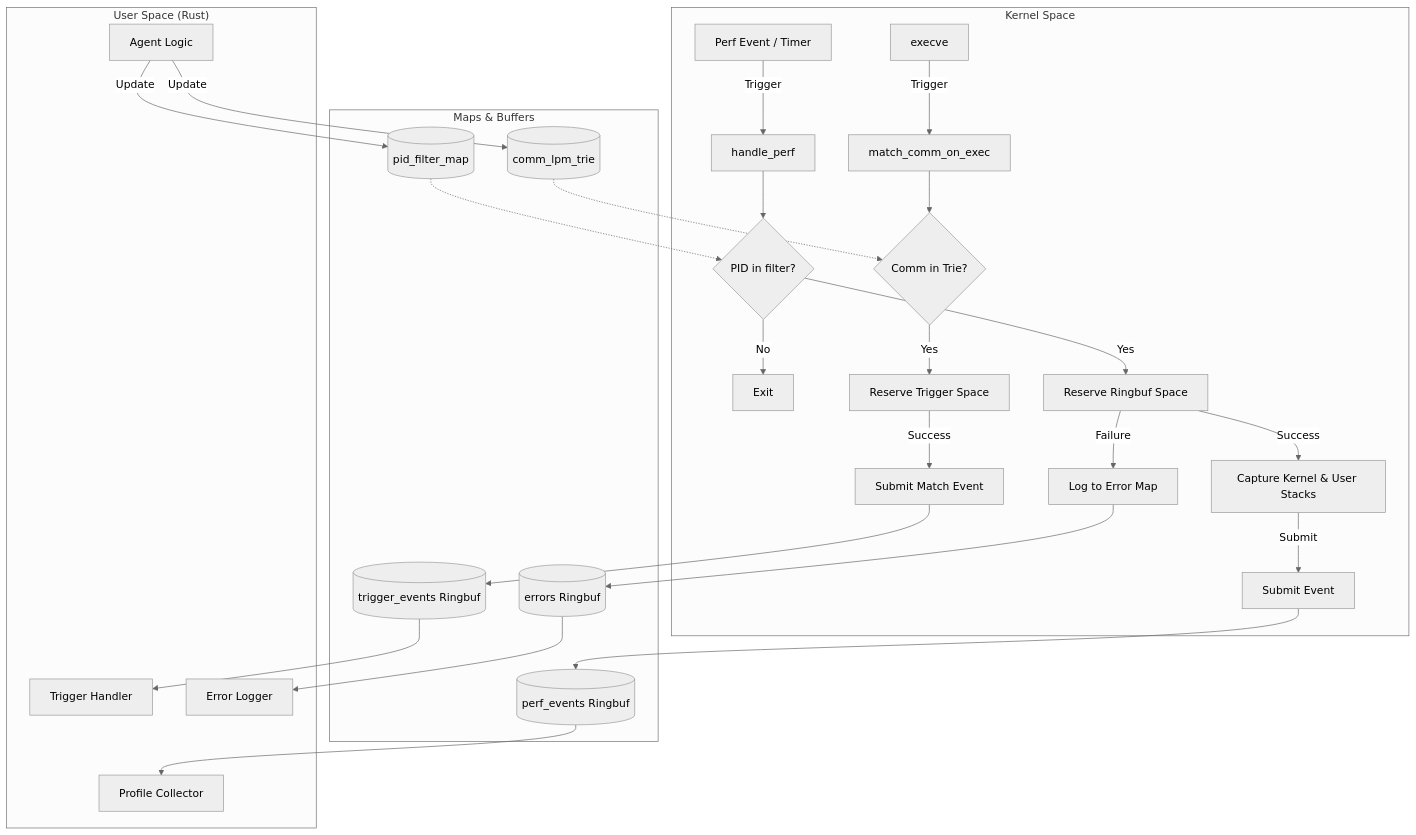
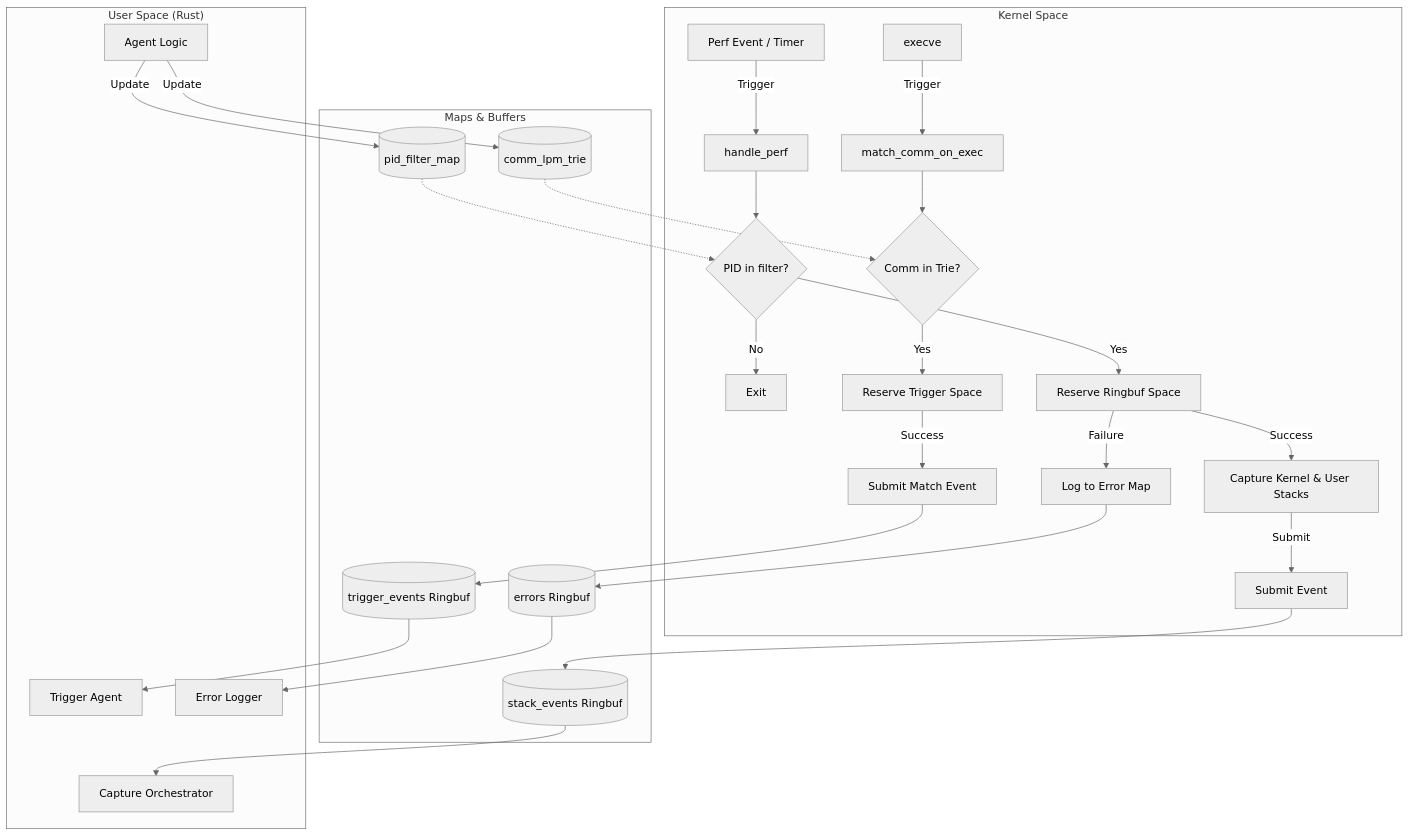
Before and after one commit to sugarraysam/bistouri: the diagram in docs/ebpf.qmd, drawn with Mermaid (neutral theme). The commit also changed other lines of this file and 4 other files, not shown here.

````diff
--- a/docs/ebpf.qmd
+++ b/docs/ebpf.qmd
@@ -53,35 +71,35 @@
 ```{mermaid}
 graph TD
     subgraph "Kernel Space"
         P["Perf Event / Timer"] -->|"Trigger"| H["handle_perf"]
         E["execve"] -->|"Trigger"| M["match_comm_on_exec"]
 
         H --> L1{"PID in filter?"}
         L1 -->|"No"| Exit["Exit"]
         L1 -->|"Yes"| R1["Reserve Ringbuf Space"]
 
         R1 -->|"Success"| S["Capture Kernel & User Stacks"]
         S -->|"Submit"| Sub["Submit Event"]
         R1 -->|"Failure"| Err["Log to Error Map"]
 
         M --> L2{"Comm in Trie?"}
         L2 -->|"Yes"| R2["Reserve Trigger Space"]
         R2 -->|"Success"| Sub2["Submit Match Event"]
     end
 
     subgraph "Maps & Buffers"
-        Sub --> RB1[("perf_events Ringbuf")]
+        Sub --> RB1[("stack_events Ringbuf")]
         Sub2 --> RB2[("trigger_events Ringbuf")]
         Err --> RB3[("errors Ringbuf")]
         T[("comm_lpm_trie")] -.-> L2
         F[("pid_filter_map")] -.-> L1
     end
 
     subgraph "User Space (Rust)"
-        RB1 --> Reader1["Profile Collector"]
-        RB2 --> Reader2["Trigger Handler"]
+        RB1 --> Reader1["Capture Orchestrator"]
+        RB2 --> Reader2["Trigger Agent"]
         RB3 --> Reader3["Error Logger"]
         Control["Agent Logic"] -->|"Update"| F
         Control -->|"Update"| T
     end
 ```
````
